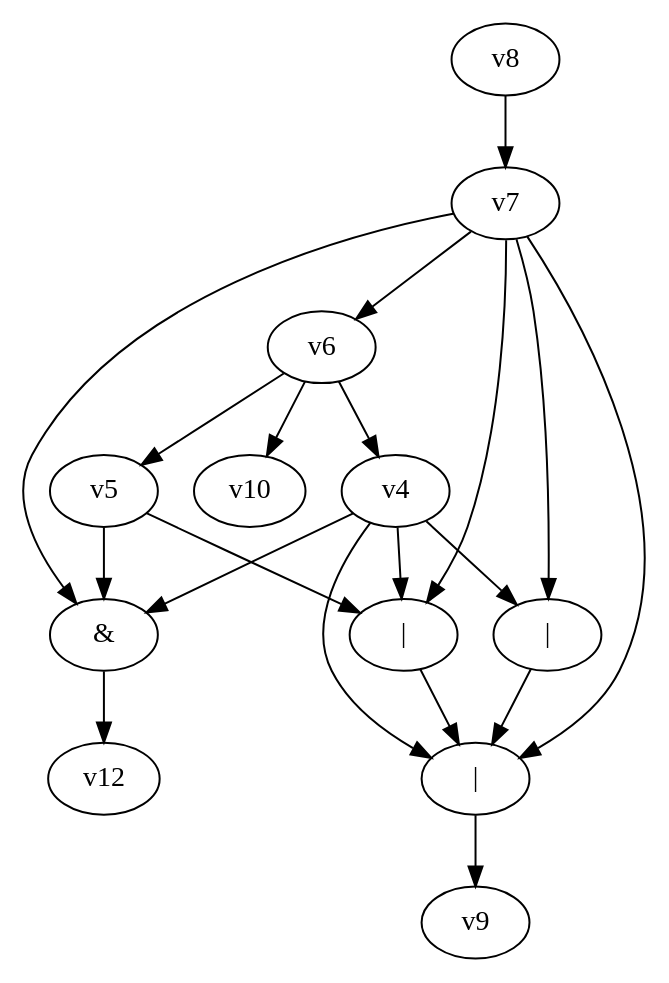
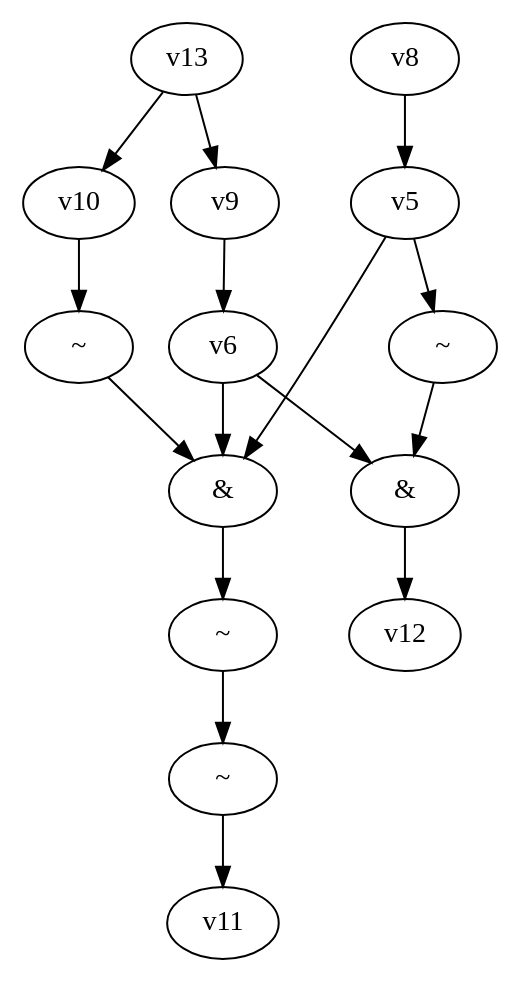
Before and after one commit to yadej/graph_project: the diagram in dot_files/random_bool_circ.dot, drawn with Graphviz. The commit also changed 3 other files, not shown here.

```diff
--- a/dot_files/random_bool_circ.dot
+++ b/dot_files/random_bool_circ.dot
@@ -1,24 +1,23 @@
 digraph G { 
-v0 [label="|"]; 
-v1 [label="|"]; 
-v2 [label="|"]; 
-v11 [label="&"]; 
-v0 -> v9;
+v0 [label="~"]; 
+v1 [label="~"]; 
+v2 [label="&"]; 
+v3 [label="~"]; 
+v4 [label="&"]; 
+v7 [label="~"]; 
+v0 -> v11;
 v1 -> v0;
-v2 -> v0;
-v4 -> v0;
+v2 -> v12;
+v3 -> v2;
 v4 -> v1;
-v4 -> v2;
-v4 -> v11 -> v12;
-v5 -> v1;
-v5 -> v11;
+v5 -> v3;
+v5 -> v4;
+v6 -> v2;
 v6 -> v4;
-v6 -> v5;
-v6 -> v10;
-v7 -> v0;
-v7 -> v1;
-v7 -> v2;
-v7 -> v6;
-v7 -> v11;
-v8 -> v7;
+v7 -> v4;
+v8 -> v5;
+v9 -> v6;
+v10 -> v7;
+v13 -> v9;
+v13 -> v10;
 }
```
